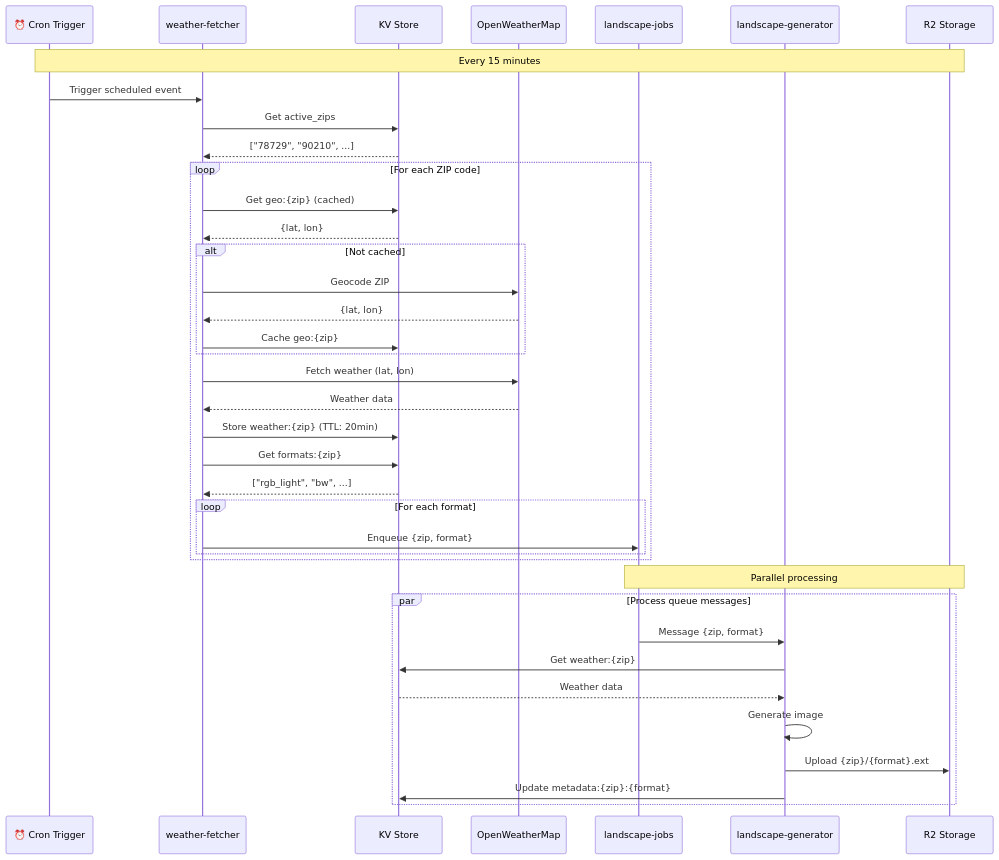
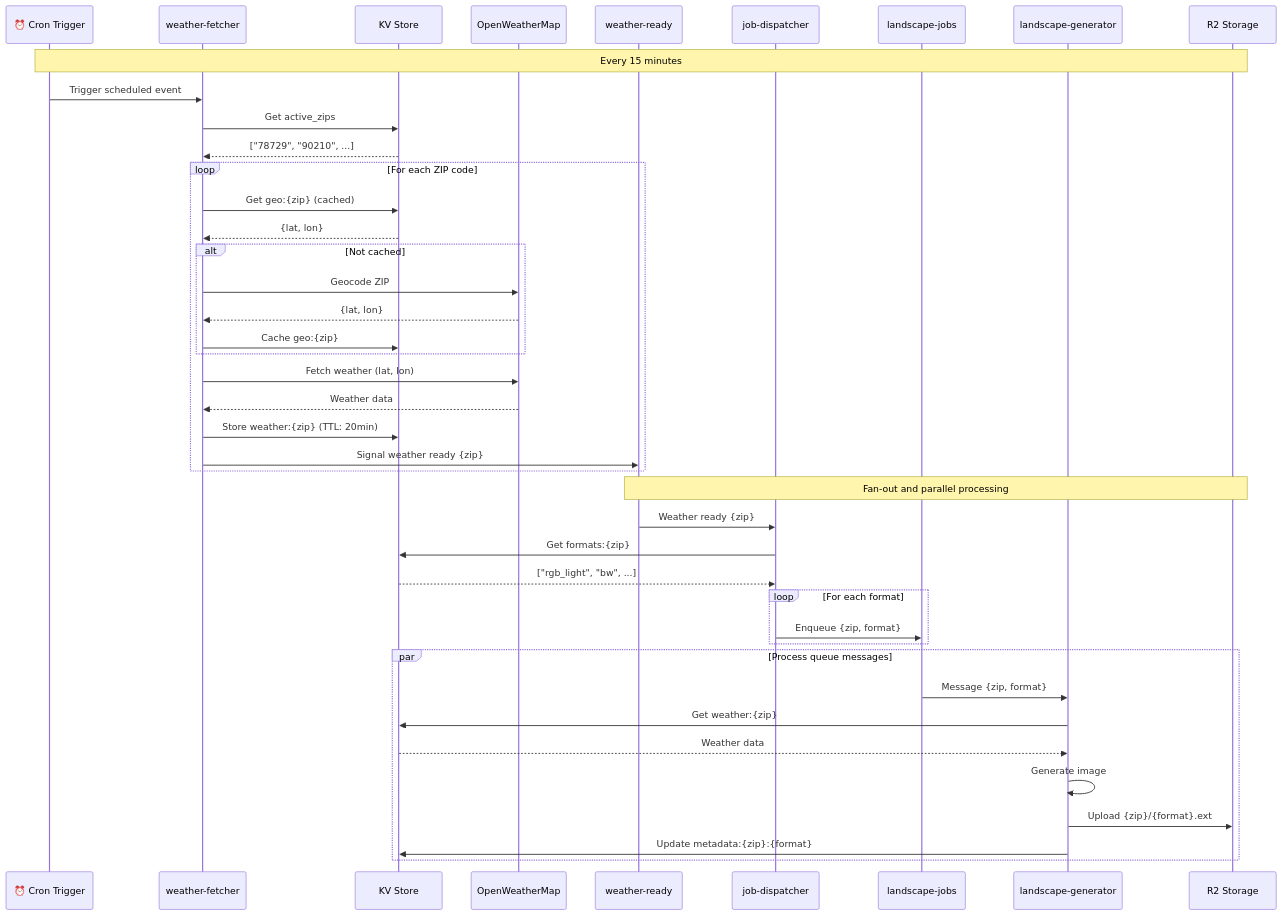
The second of 3 diagrams in src/README.md (NetfallNetworks/weather_landscape), drawn with Mermaid before and after one commit. The commit also changed other lines of this file and 7 other files, not shown here.

First line of the commit message:
feat: add job-dispatcher for proper separation of concerns

````diff
--- a/src/README.md
+++ b/src/README.md
@@ -87,51 +97,56 @@
 ```mermaid
 sequenceDiagram
     participant Cron as ⏰ Cron Trigger
     participant Fetcher as weather-fetcher
     participant KV as KV Store
     participant OWM as OpenWeatherMap
-    participant Queue as landscape-jobs
+    participant WQ as weather-ready
+    participant Dispatcher as job-dispatcher
+    participant JQ as landscape-jobs
     participant Generator as landscape-generator
     participant R2 as R2 Storage
 
     Note over Cron,R2: Every 15 minutes
 
     Cron->>Fetcher: Trigger scheduled event
 
     Fetcher->>KV: Get active_zips
     KV-->>Fetcher: ["78729", "90210", ...]
 
     loop For each ZIP code
         Fetcher->>KV: Get geo:{zip} (cached)
         KV-->>Fetcher: {lat, lon}
 
         alt Not cached
             Fetcher->>OWM: Geocode ZIP
             OWM-->>Fetcher: {lat, lon}
             Fetcher->>KV: Cache geo:{zip}
         end
 
         Fetcher->>OWM: Fetch weather (lat, lon)
         OWM-->>Fetcher: Weather data
 
         Fetcher->>KV: Store weather:{zip} (TTL: 20min)
 
-        Fetcher->>KV: Get formats:{zip}
-        KV-->>Fetcher: ["rgb_light", "bw", ...]
-
-        loop For each format
-            Fetcher->>Queue: Enqueue {zip, format}
-        end
+        Fetcher->>WQ: Signal weather ready {zip}
     end
 
-    Note over Queue,R2: Parallel processing
+    Note over WQ,R2: Fan-out and parallel processing
+
+    WQ->>Dispatcher: Weather ready {zip}
+    Dispatcher->>KV: Get formats:{zip}
+    KV-->>Dispatcher: ["rgb_light", "bw", ...]
+
+    loop For each format
+        Dispatcher->>JQ: Enqueue {zip, format}
+    end
 
     par Process queue messages
-        Queue->>Generator: Message {zip, format}
+        JQ->>Generator: Message {zip, format}
         Generator->>KV: Get weather:{zip}
         KV-->>Generator: Weather data
         Generator->>Generator: Generate image
         Generator->>R2: Upload {zip}/{format}.ext
         Generator->>KV: Update metadata:{zip}:{format}
     end
 ```
````
